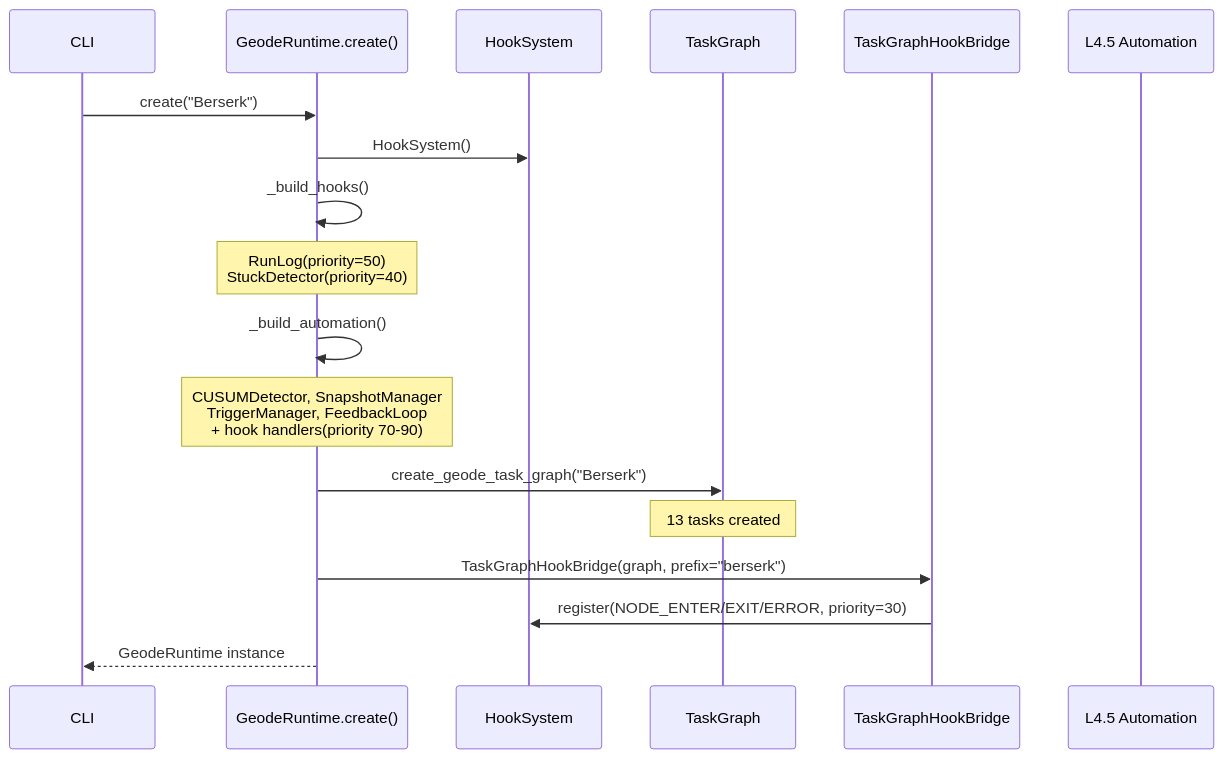
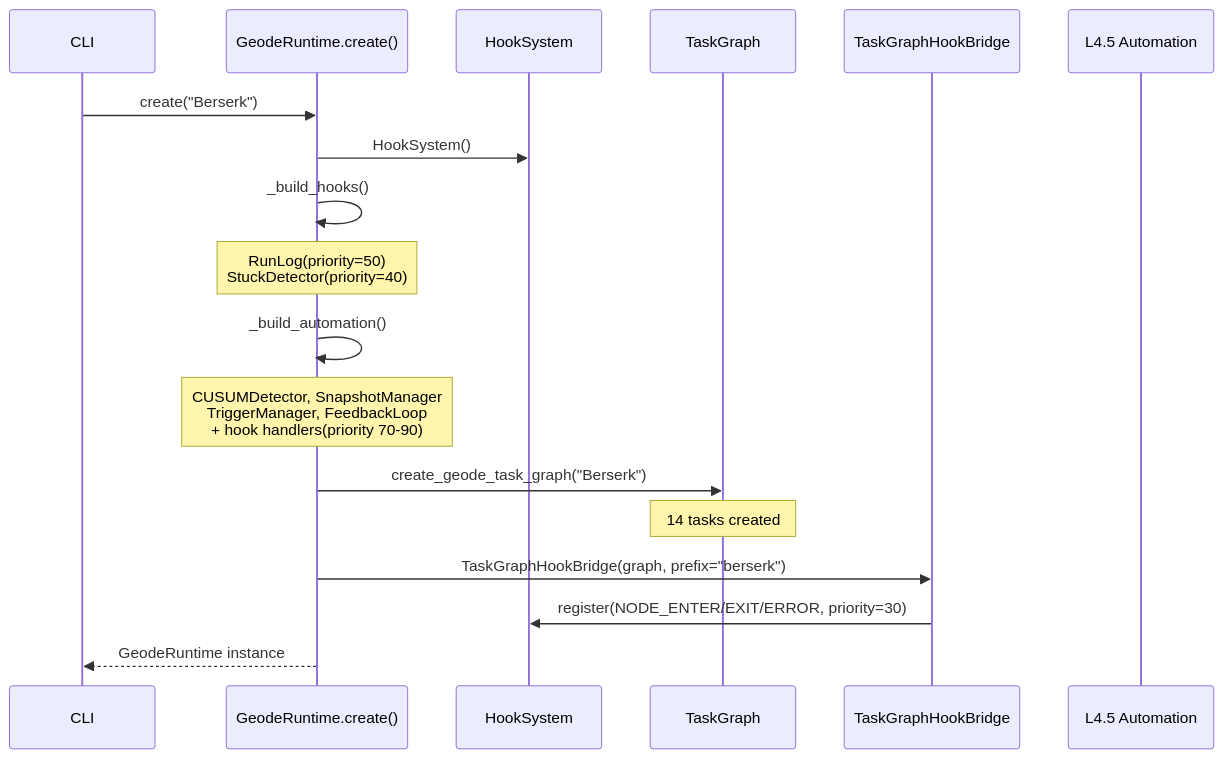
Before and after one commit to mangowhoiscloud/geode: the fifth of 12 diagrams in docs/architecture/orchestration-operation.md, drawn with Mermaid. The commit also changed other lines of this file and 4 other files, not shown here.

````diff
--- a/docs/architecture/orchestration-operation.md
+++ b/docs/architecture/orchestration-operation.md
@@ -288,21 +283,21 @@
 ```mermaid
 sequenceDiagram
     participant CLI
     participant RT as GeodeRuntime.create()
     participant HS as HookSystem
     participant TG as TaskGraph
     participant TB as TaskGraphHookBridge
     participant L45 as L4.5 Automation
 
     CLI->>RT: create("Berserk")
     RT->>HS: HookSystem()
     RT->>RT: _build_hooks()
     Note over RT: RunLog(priority=50)<br/>StuckDetector(priority=40)
     RT->>RT: _build_automation()
     Note over RT: CUSUMDetector, SnapshotManager<br/>TriggerManager, FeedbackLoop<br/>+ hook handlers(priority 70-90)
     RT->>TG: create_geode_task_graph("Berserk")
-    Note over TG: 13 tasks created
+    Note over TG: 14 tasks created
     RT->>TB: TaskGraphHookBridge(graph, prefix="berserk")
     TB->>HS: register(NODE_ENTER/EXIT/ERROR, priority=30)
     RT-->>CLI: GeodeRuntime instance
 ```
````
